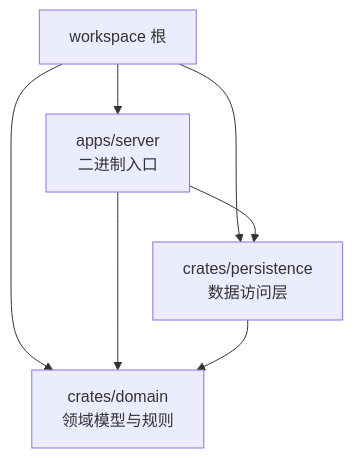
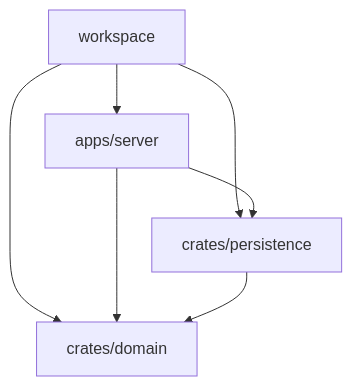
Before and after one commit to missercatos/RootStack: the first of 2 diagrams in rust/4工程/14-Cargo-workspace多包管理.md, drawn with Mermaid. The commit also changed other lines of this file and 59 other files, not shown here.

````diff
--- a/rust/4工程/14-Cargo-workspace多包管理.md
+++ b/rust/4工程/14-Cargo-workspace多包管理.md
@@ -28,9 +28,9 @@
 ```mermaid
 flowchart TD
-    W[workspace 根] --> A[apps/server<br/>二进制入口]
-    W --> L1[crates/domain<br/>领域模型与规则]
-    W --> L2[crates/persistence<br/>数据访问层]
+    W[workspace ] --> A[apps/server<br/>]
+    W --> L1[crates/domain<br/>]
+    W --> L2[crates/persistence<br/>]
     A --> L1
     A --> L2
     L2 --> L1
 ```
````
